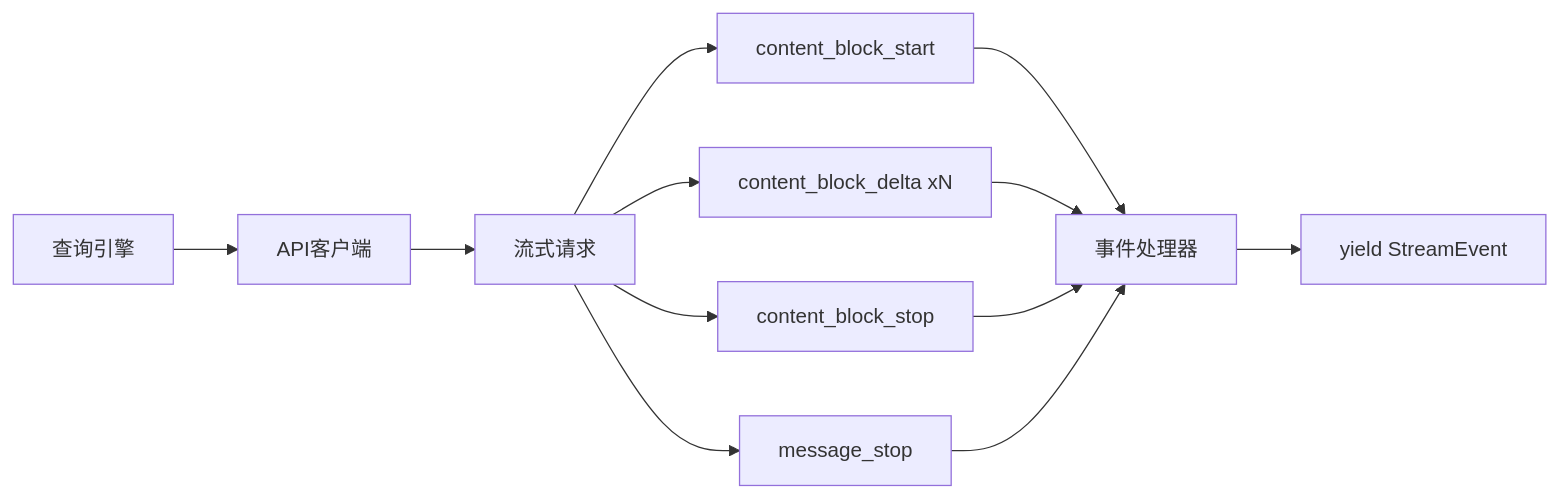
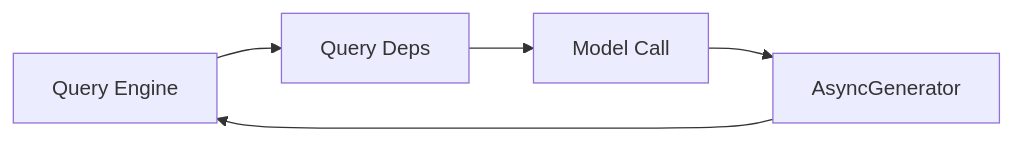
Before and after one commit to friendlyhank/claude-code-annotated: the diagram in notes/reviews/05-api-client-layer.md, drawn with Mermaid. The commit also changed other lines of this file and 15 other files, not shown here.

````diff
--- a/notes/reviews/05-api-client-layer.md
+++ b/notes/reviews/05-api-client-layer.md
@@ -85,14 +17,7 @@
 ```mermaid
 flowchart LR
-    Query[查询引擎] --> API[API客户端]
-    API --> Stream[流式请求]
-    Stream --> S1[content_block_start]
-    Stream --> S2[content_block_delta xN]
-    Stream --> S3[content_block_stop]
-    Stream --> S4[message_stop]
-    S1 --> Handler[事件处理器]
-    S2 --> Handler
-    S3 --> Handler
-    S4 --> Handler
-    Handler --> Out[yield StreamEvent]
+    Query[Query Engine] --> Deps[Query Deps]
+    Deps --> Call[Model Call]
+    Call --> Stream[AsyncGenerator]
+    Stream --> Query
 ```
````
